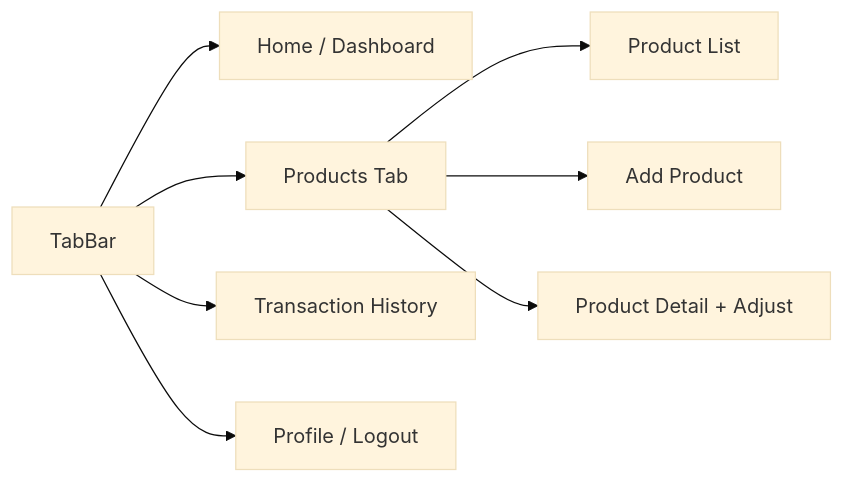
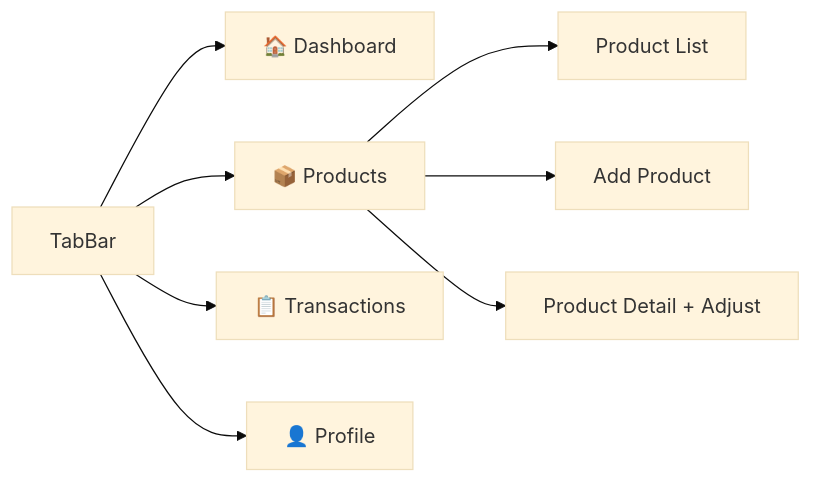
Before and after one commit to black12-ag/ellatech: the third of 3 diagrams in README.md, drawn with Mermaid (base theme). The commit also changed other lines of this file and 8 other files, not shown here.

````diff
--- a/README.md
+++ b/README.md
@@ -66,11 +71,11 @@
 ```mermaid
 graph LR
-    TabBar --> Home[Home / Dashboard]
-    TabBar --> Products[Products Tab]
-    TabBar --> History[Transaction History]
-    TabBar --> Profile[Profile / Logout]
+    TabBar --> Home[🏠 Dashboard]
+    TabBar --> Products[📦 Products]
+    TabBar --> History[📋 Transactions]
+    TabBar --> Profile[👤 Profile]
 
     Products --> PList[Product List]
     Products --> PAdd[Add Product]
     Products --> PDetail[Product Detail + Adjust]
 ```
````
